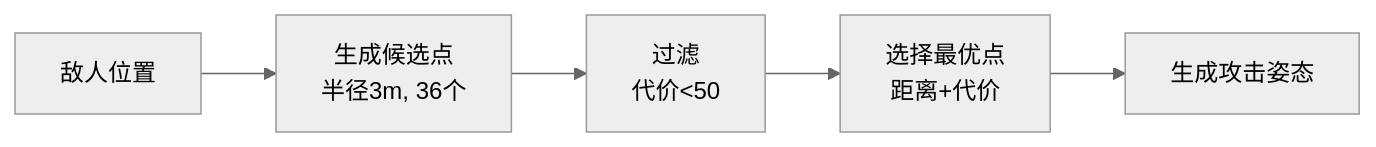
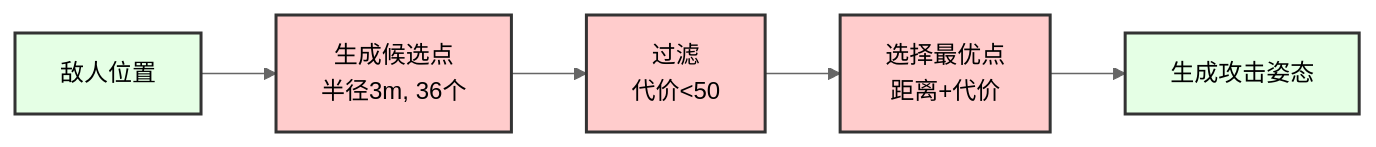
The second of 2 diagrams in docs/05_决策层.md (happywosabi/pb2025_sentry_ws), drawn with Mermaid (neutral theme) before and after one commit. The commit also changed other lines of this file and 5 other files, not shown here.

````diff
--- a/docs/05_决策层.md
+++ b/docs/05_决策层.md
@@ -172,7 +176,14 @@
 ```mermaid
 graph LR
     A[敌人位置] --> B[生成候选点<br>半径3m, 36个]
     B --> C[过滤<br>代价<50]
     C --> D[选择最优点<br>距离+代价]
     D --> E[生成攻击姿态]
+
+    classDef decisionClass fill:#FFCCCC,stroke:#333,stroke-width:2px
+    classDef dataClass fill:#E5FFE5,stroke:#333,stroke-width:2px
+    classDef processClass fill:#F5F5F5,stroke:#333,stroke-width:1px
+
+    class B,C,D decisionClass
+    class A,E dataClass
 ```
````
